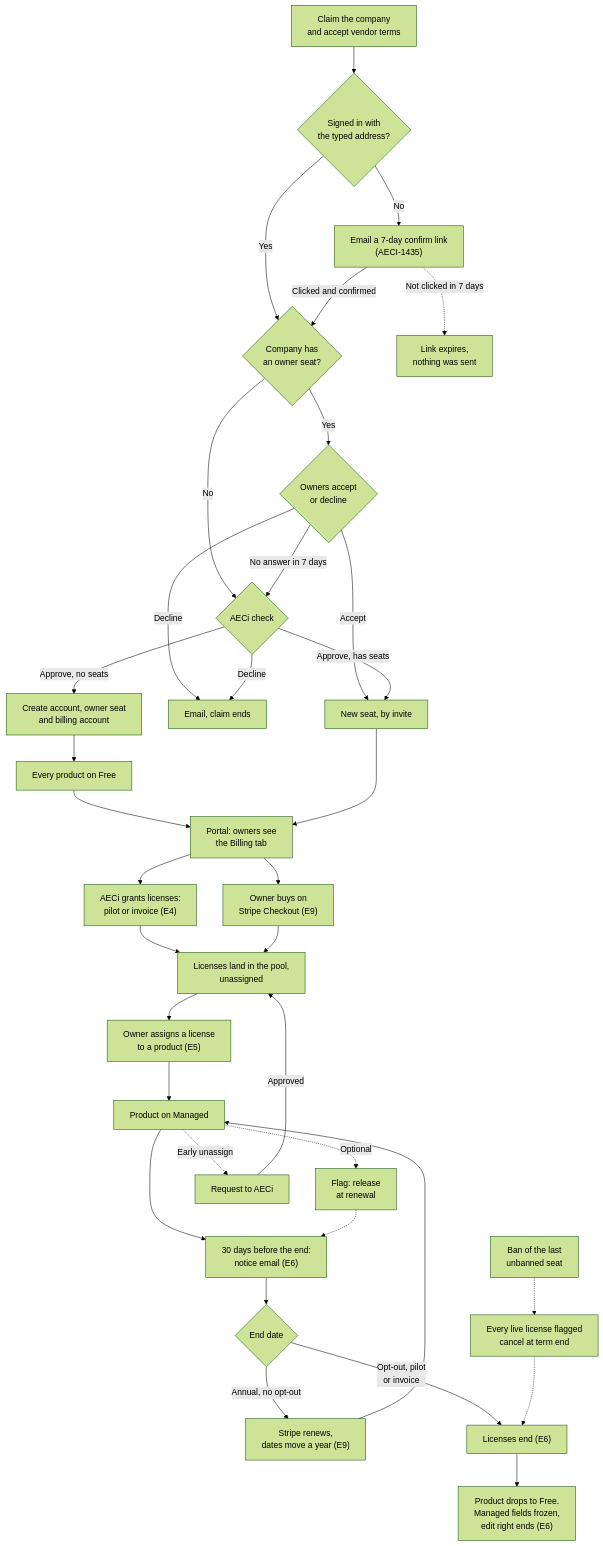
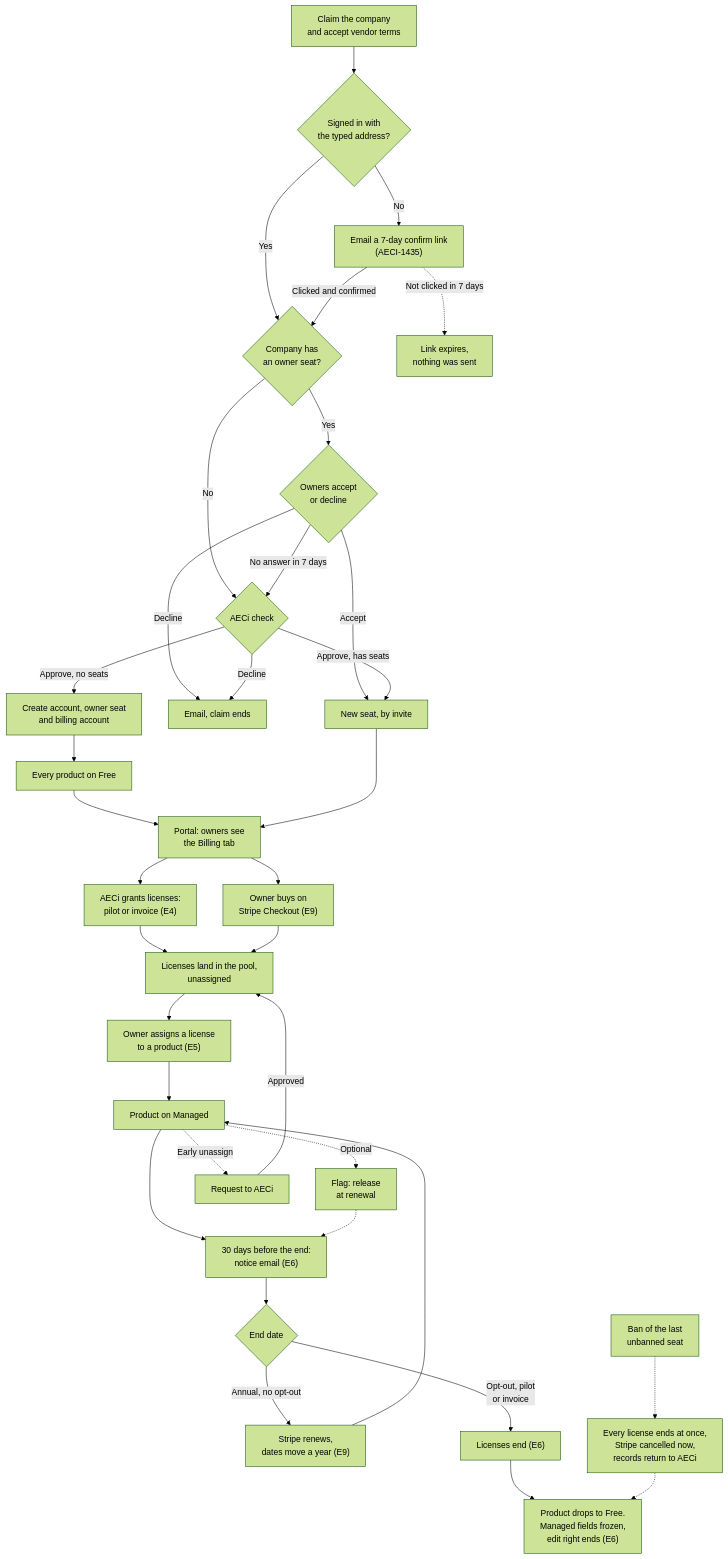
Before and after one commit to the-wbs-project/aec-integrations: the diagram in docs/VENDOR_SIGNUP_PROCESS.md, drawn with Mermaid (forest theme). The commit also changed other lines of this file and 73 other files, not shown here.

````diff
--- a/docs/VENDOR_SIGNUP_PROCESS.md
+++ b/docs/VENDOR_SIGNUP_PROCESS.md
@@ -207,39 +232,39 @@
 ```mermaid
 flowchart TD
     claim["Claim the company<br/>and accept vendor terms"] --> signedIn{"Signed in with<br/>the typed address?"}
     signedIn -->|Yes| hasSeats{"Company has<br/>an owner seat?"}
     signedIn -->|No| confirmLink["Email a 7-day confirm link<br/>(AECI-1435)"]
     confirmLink -->|"Clicked and confirmed"| hasSeats
     confirmLink -.->|"Not clicked in 7 days"| expired["Link expires,<br/>nothing was sent"]
     hasSeats -->|No| check{"AECi check"}
     hasSeats -->|Yes| owners{"Owners accept<br/>or decline"}
     owners -->|Accept| seat["New seat, by invite"]
     owners -->|Decline| declined["Email, claim ends"]
     owners -->|"No answer in 7 days"| check
     check -->|Decline| declined
     check -->|"Approve, no seats"| create["Create account, owner seat<br/>and billing account"]
     check -->|"Approve, has seats"| seat
     create --> free["Every product on Free"]
     free --> portal["Portal: owners see<br/>the Billing tab"]
     seat --> portal
     portal --> grant["AECi grants licenses:<br/>pilot or invoice (E4)"]
     portal --> buy["Owner buys on<br/>Stripe Checkout (E9)"]
     grant --> pool["Licenses land in the pool,<br/>unassigned"]
     buy --> pool
     pool --> assign["Owner assigns a license<br/>to a product (E5)"]
     assign --> managed["Product on Managed"]
     managed -.->|Optional| release["Flag: release<br/>at renewal"]
     managed -.->|"Early unassign"| request["Request to AECi"]
     request -->|Approved| pool
     managed --> notice["30 days before the end:<br/>notice email (E6)"]
     release -.-> notice
     notice --> endDate{"End date"}
     endDate -->|"Annual, no opt-out"| renew["Stripe renews,<br/>dates move a year (E9)"]
     renew --> managed
     endDate -->|"Opt-out, pilot<br/>or invoice"| lapse["Licenses end (E6)"]
     lapse --> handBack["Product drops to Free.<br/>Managed fields frozen,<br/>edit right ends (E6)"]
-    ban["Ban of the last<br/>unbanned seat"] -.-> cancelFlag["Every live license flagged<br/>cancel at term end"]
-    cancelFlag -.-> lapse
+    ban["Ban of the last<br/>unbanned seat"] -.-> banEnd["Every license ends at once,<br/>Stripe cancelled now,<br/>records return to AECi"]
+    banEnd -.-> handBack
 
     classDef notBuilt stroke-dasharray: 5 5
 ```
````
